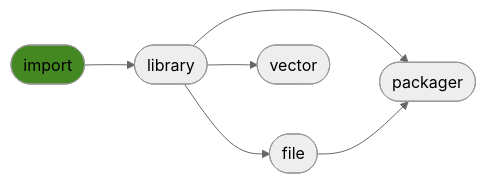
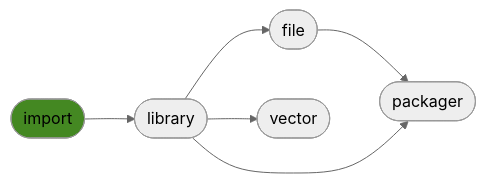
Before and after one commit to ManderaGeneral/generalimport: the diagram in README.md, drawn with Mermaid (neutral theme). The commit also changed other lines of this file, not shown here.

````diff
--- a/README.md
+++ b/README.md
@@ -20,14 +20,14 @@
 ```mermaid
 flowchart LR
+2([file]) --> 4([packager])
+0([import]) --> 1([library])
+1([library]) --> 2([file])
 1([library]) --> 4([packager])
-0([import]) --> 1([library])
-2([file]) --> 4([packager])
-1([library]) --> 2([file])
 1([library]) --> 3([vector])
 click 0 "https://github.com/ManderaGeneral/generalimport"
 click 1 "https://github.com/ManderaGeneral/generallibrary"
 click 2 "https://github.com/ManderaGeneral/generalfile"
 click 3 "https://github.com/ManderaGeneral/generalvector"
 click 4 "https://github.com/ManderaGeneral/generalpackager"
 style 0 fill:#482
 ```
````
